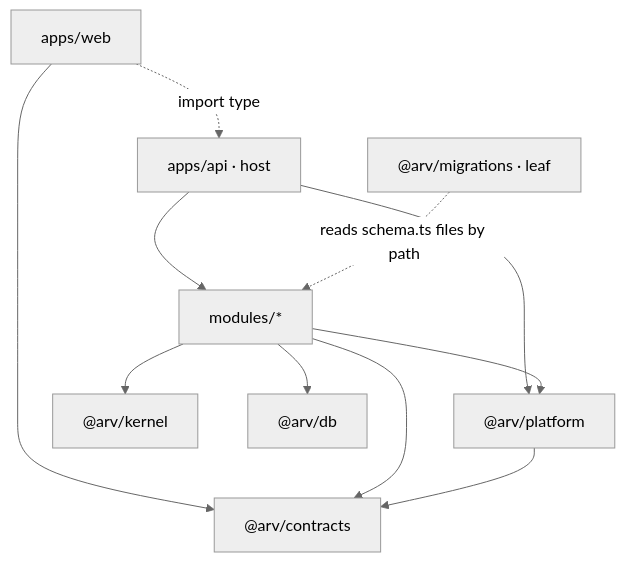
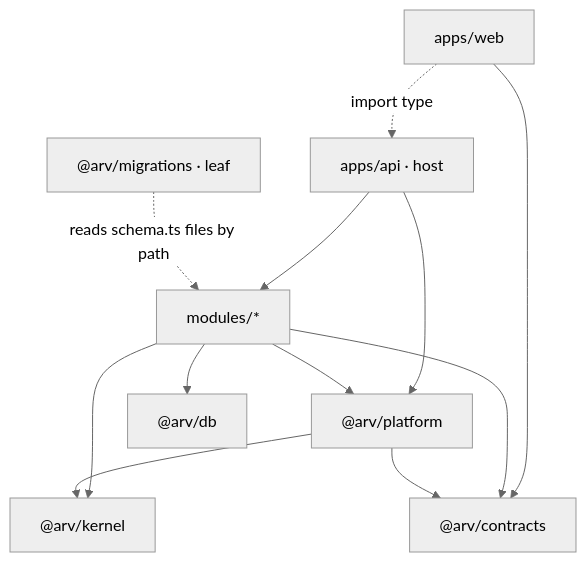
One commit to Arvest-Digital/arv-intranet changed the second of 5 diagrams in ARCHITECTURE.md. Above: the diagram before and after it, drawn with Mermaid (neutral theme). The commit also changed other lines of this file and 17 other files, not shown here.

First line of the commit message:
feat(platform): add Unauthenticated and Forbidden contract errors, map kernel access errors once

````diff
--- a/ARCHITECTURE.md
+++ b/ARCHITECTURE.md
@@ -81,15 +81,16 @@
 ```mermaid
 flowchart TB
   web["apps/web"] -. "import type" .-> api["apps/api · host"]
   web --> contracts
   api --> mods["modules/*"]
   api --> platform
   mods --> platform["@arv/platform"]
   mods --> kernel
   mods --> contracts["@arv/contracts"]
   mods --> db
   platform --> contracts
+  platform --> kernel
   migrations["@arv/migrations · leaf"] -. "reads schema.ts files by path" .-> mods
   db["@arv/db"]
   kernel["@arv/kernel"]
 ```
````
